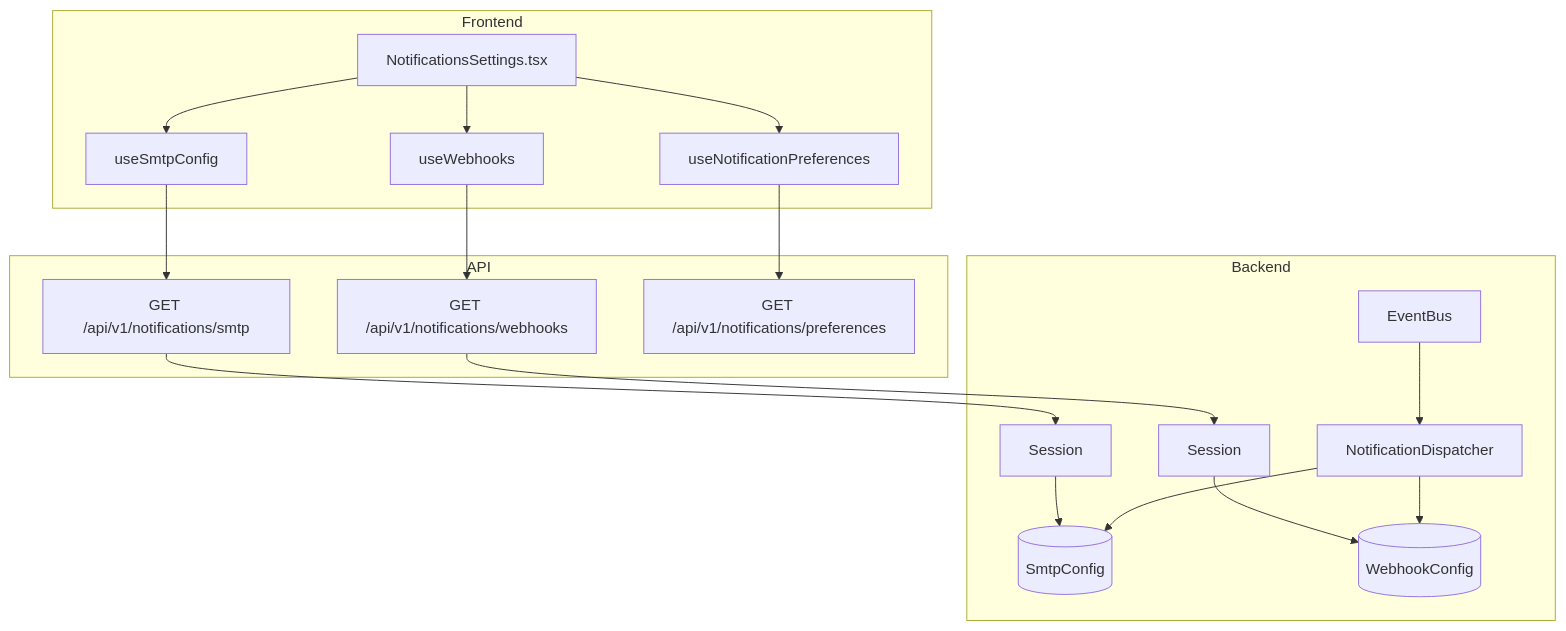
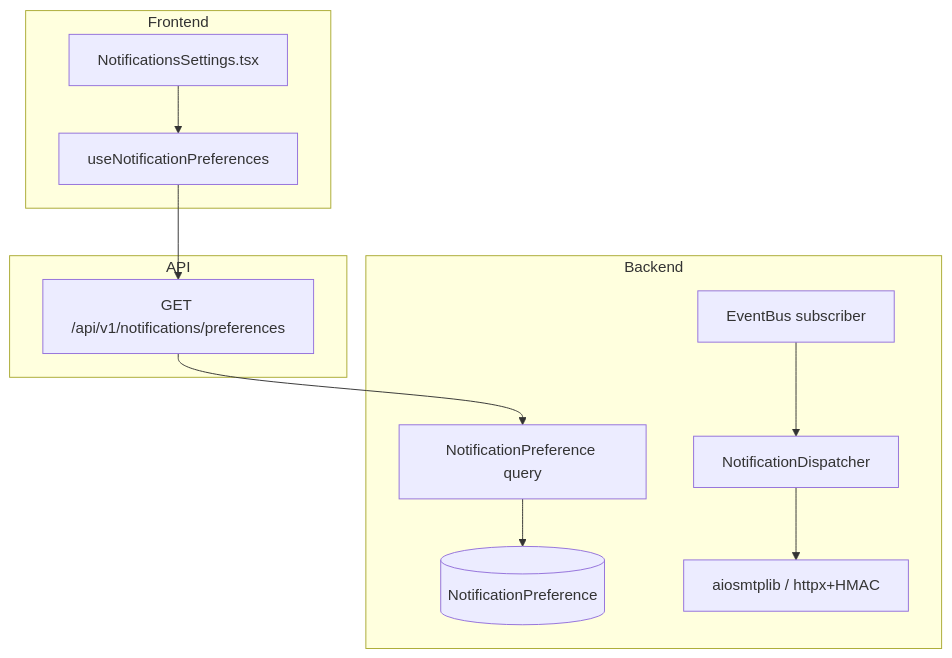
One commit to saturnis-io/cassini changed the first of 2 diagrams in .knowledge/features/notifications.md. Above: the diagram before and after it, drawn with Mermaid. The commit also changed other lines of this file and 15 other files, not shown here.

Commit message:
knowledge-graph: regenerate

````diff
--- a/.knowledge/features/notifications.md
+++ b/.knowledge/features/notifications.md
@@ -5,22 +5,15 @@
 ```mermaid
 flowchart TD
     subgraph Frontend
-        C1[NotificationsSettings.tsx] --> H1[useSmtpConfig]
-        C1 --> H2[useWebhooks]
-        C1 --> H3[useNotificationPreferences]
+        C1[NotificationsSettings.tsx] --> H1[useNotificationPreferences]
     end
     subgraph API
-        H1 --> E1[GET /api/v1/notifications/smtp]
-        H2 --> E2[GET /api/v1/notifications/webhooks]
-        H3 --> E3[GET /api/v1/notifications/preferences]
+        H1 --> E1[GET /api/v1/notifications/preferences]
     end
     subgraph Backend
-        E1 --> R1[Session]
-        R1 --> M1[(SmtpConfig)]
-        E2 --> R2[Session]
-        R2 --> M2[(WebhookConfig)]
-        S1[NotificationDispatcher] --> M1
-        S1 --> M2
-        S2[EventBus] --> S1
+        E1 --> R1[NotificationPreference query]
+        R1 --> M1[(NotificationPreference)]
+        S1[EventBus subscriber] --> S2[NotificationDispatcher]
+        S2 --> S3[aiosmtplib / httpx+HMAC]
     end
 ```
````
